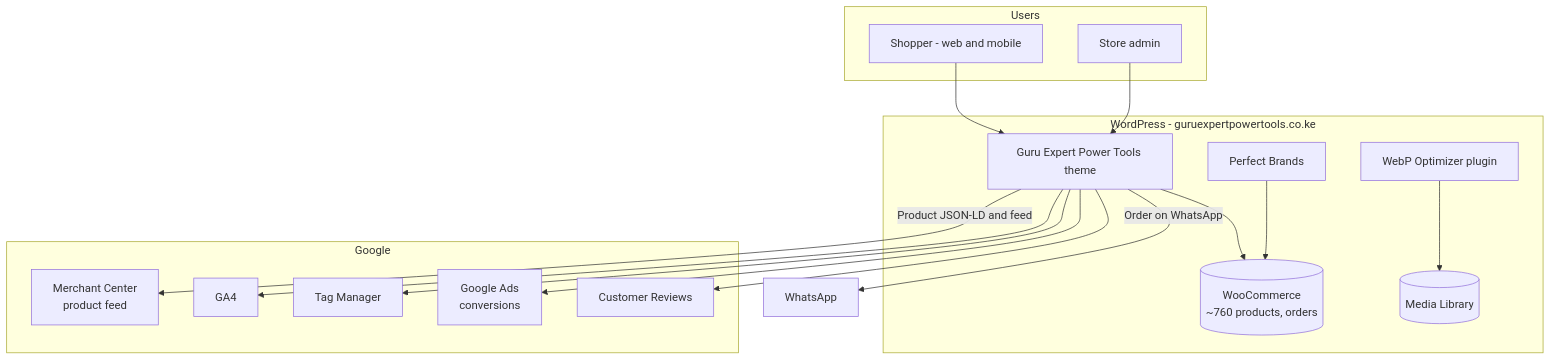
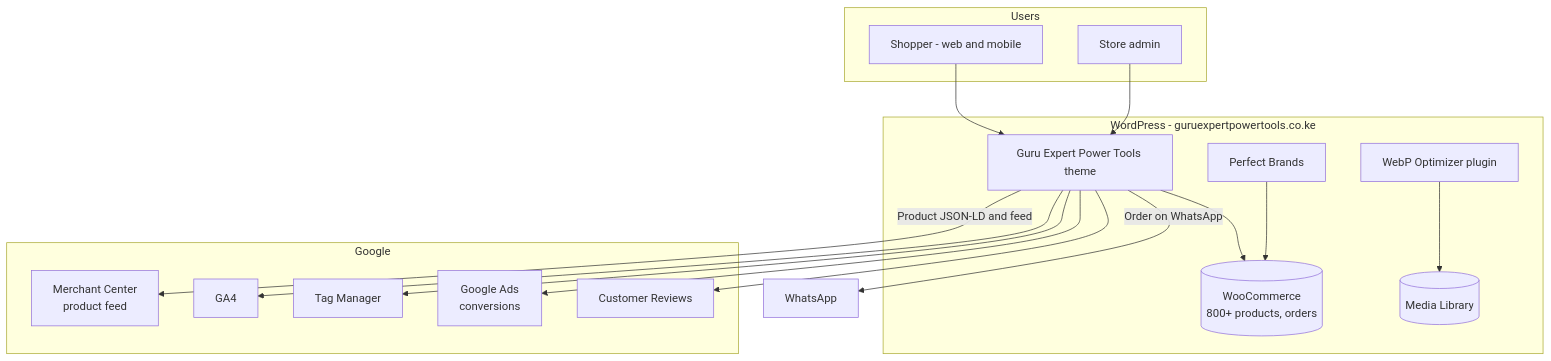
The first of 5 diagrams in README.md (moselanto/guruexpertpowertools), drawn with Mermaid before and after one commit.

Commit message:
README: correct catalogue size to 800+ products

````diff
--- a/README.md
+++ b/README.md
@@ -137,29 +137,29 @@
 ```mermaid
 flowchart TB
     subgraph Users
         S[Shopper - web and mobile]
         A[Store admin]
     end
     subgraph WP["WordPress - guruexpertpowertools.co.ke"]
         T[Guru Expert Power Tools theme]
         W[WebP Optimizer plugin]
-        WC[(WooCommerce<br/>~760 products, orders)]
+        WC[(WooCommerce<br/>800+ products, orders)]
         PB[Perfect Brands]
         T --> WC
         PB --> WC
         W --> M[(Media Library)]
     end
     subgraph Google
         GMC[Merchant Center<br/>product feed]
         GA[GA4]
         GTM[Tag Manager]
         ADS[Google Ads<br/>conversions]
         GCR[Customer Reviews]
     end
     WA[WhatsApp]
     S --> T
     A --> T
     T -- Product JSON-LD and feed --> GMC
     T --> GA & GTM & ADS & GCR
     T -- Order on WhatsApp --> WA
 ```
````
